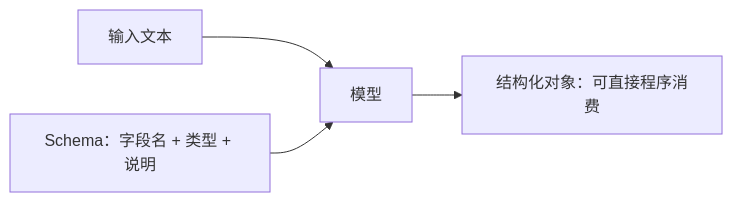
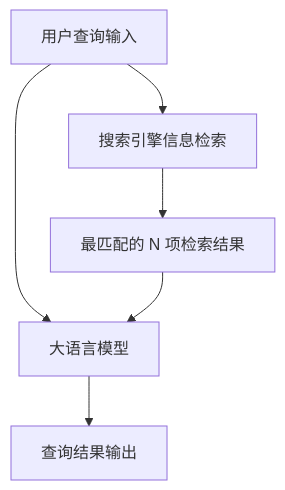
Before and after one commit to HandlerOne01/IMiss_Blog: the eighth of 12 diagrams in src/content/posts/ai/langchain-nengli-xiangjie.md, drawn with Mermaid. The commit also changed other lines of this file and 6 other files, not shown here.

````diff
--- a/src/content/posts/ai/langchain-nengli-xiangjie.md
+++ b/src/content/posts/ai/langchain-nengli-xiangjie.md
@@ -357,6 +1951,8 @@
 ```mermaid
-flowchart LR
-    T["输入文本"] --> M["模型"]
-    S["Schema：字段名 + 类型 + 说明"] --> M
-    M --> O["结构化对象：可直接程序消费"]
+flowchart TD
+    U["用户查询输入"] --> S["搜索引擎信息检索"]
+    S --> R["最匹配的 N 项检索结果"]
+    U --> L["大语言模型"]
+    R --> L
+    L --> O["查询结果输出"]
 ```
````
